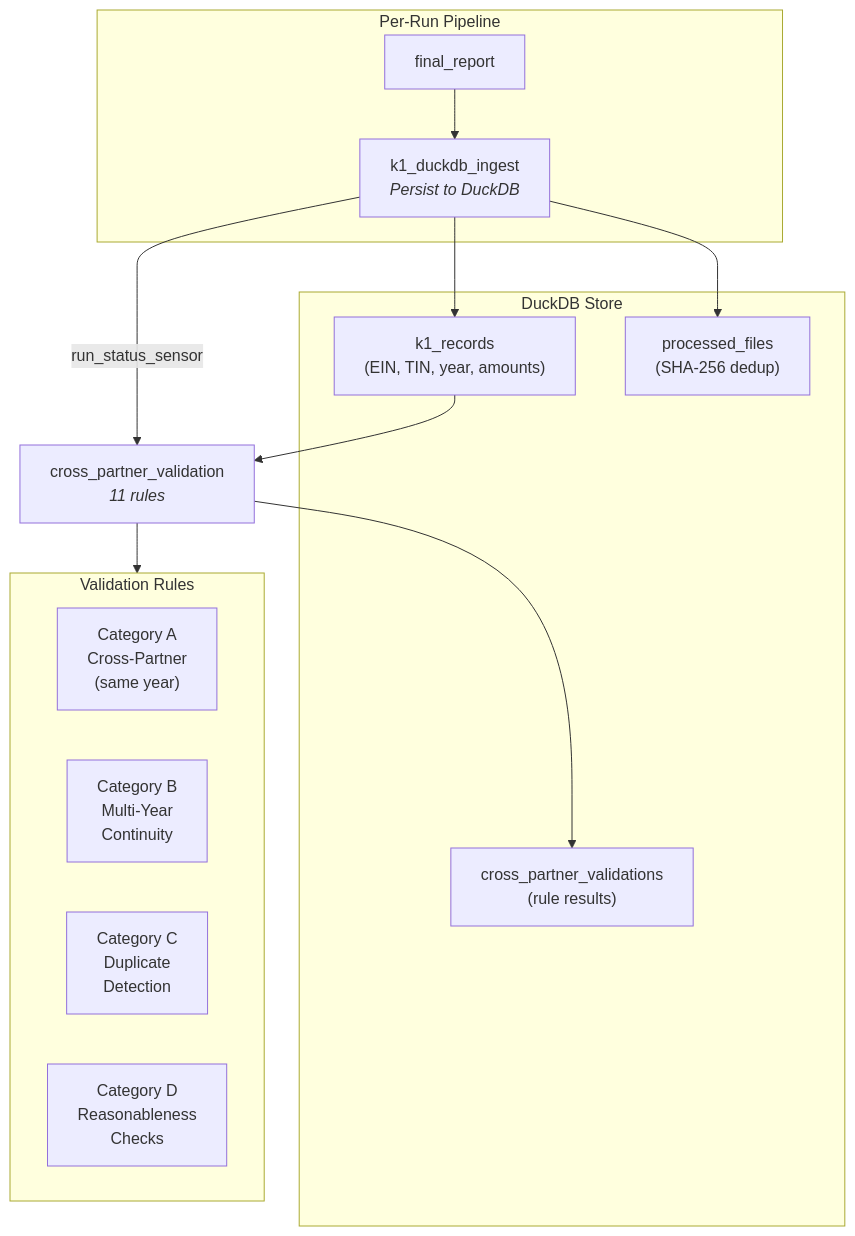
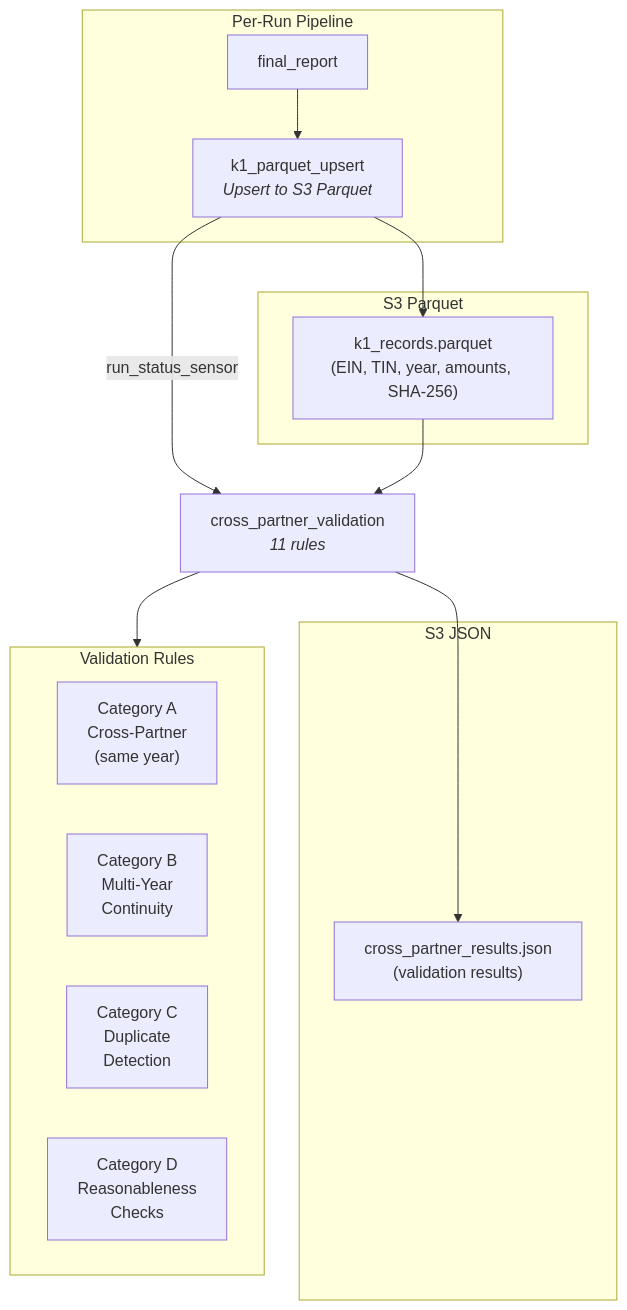
The fourth of 9 diagrams in README.md (danielpodrazka/dagster-document-intelligence), drawn with Mermaid before and after one commit. The commit also changed other lines of this file and 7 other files, not shown here.

First line of the commit message:
Migrate cross-partner storage from DuckDB to S3 Parquet and add 16 test profiles

````diff
--- a/README.md
+++ b/README.md
@@ -186,29 +186,30 @@
 ```mermaid
 graph TD
     subgraph PerRun["Per-Run Pipeline"]
-        FR["final_report"] --> DBI["k1_duckdb_ingest<br/><i>Persist to DuckDB</i>"]
+        FR["final_report"] --> PU["k1_parquet_upsert<br/><i>Upsert to S3 Parquet</i>"]
     end
 
-    DBI -->|"run_status_sensor"| CPV["cross_partner_validation<br/><i>11 rules</i>"]
+    PU -->|"run_status_sensor"| CPV["cross_partner_validation<br/><i>11 rules</i>"]
 
-    subgraph DuckDB["DuckDB Store"]
-        T1["k1_records<br/>(EIN, TIN, year, amounts)"]
-        T2["cross_partner_validations<br/>(rule results)"]
-        T3["processed_files<br/>(SHA-256 dedup)"]
+    subgraph S3Parquet["S3 Parquet"]
+        T1["k1_records.parquet<br/>(EIN, TIN, year, amounts, SHA-256)"]
     end
 
-    DBI --> T1
-    DBI --> T3
+    subgraph S3JSON["S3 JSON"]
+        T2["cross_partner_results.json<br/>(validation results)"]
+    end
+
+    PU --> T1
+    T1 --> CPV
     CPV --> T2
-    T1 --> CPV
 
     subgraph Rules["Validation Rules"]
         direction LR
         CA["Category A<br/>Cross-Partner<br/>(same year)"]
         CB["Category B<br/>Multi-Year<br/>Continuity"]
         CC["Category C<br/>Duplicate<br/>Detection"]
         CD["Category D<br/>Reasonableness<br/>Checks"]
     end
 
     CPV --> Rules
 ```
````
